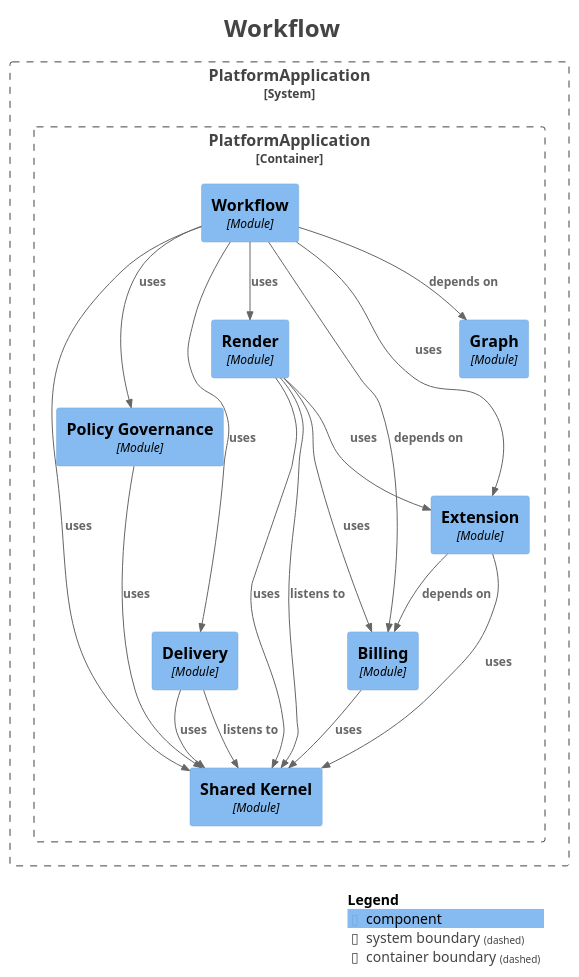
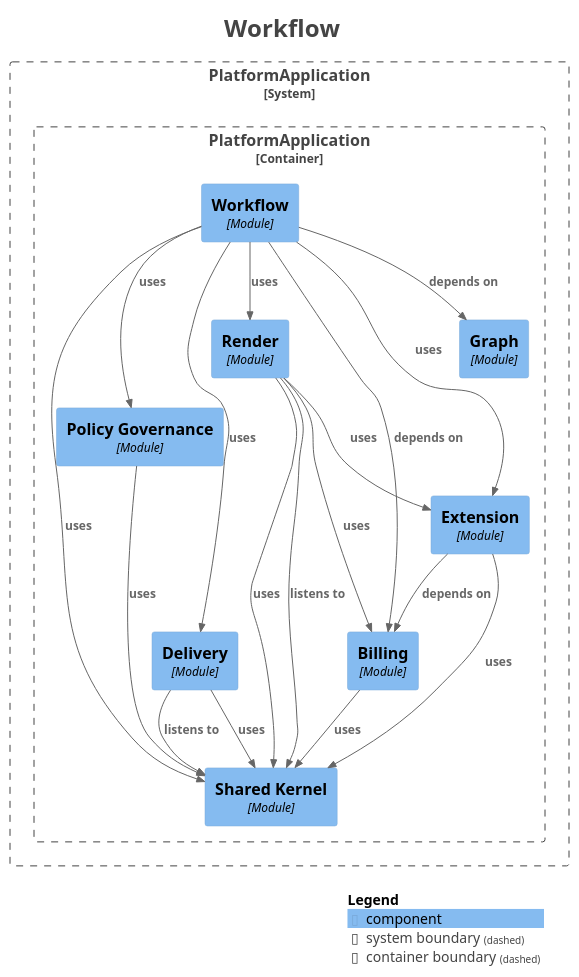
One commit to shangxq007/media-platform changed the diagram in platform-app/docs/architecture/maps/generated/modulith/module-workflow.puml. Above: the diagram before and after it, drawn with PlantUML. The commit also changed other lines of this file and 16 other files, not shown here.

```diff
--- a/platform-app/docs/architecture/maps/generated/modulith/module-workflow.puml
+++ b/platform-app/docs/architecture/maps/generated/modulith/module-workflow.puml
@@ -1,52 +1,52 @@
 @startuml
 title <size:24>Workflow</size>
 
 set separator none
 top to bottom direction
 
 <style>
   root {
     BackgroundColor: #ffffff
     FontColor: #444444
   }
 </style>
 
 !include <C4/C4>
 !include <C4/C4_Context>
 !include <C4/C4_Component>
 
 System_Boundary("PlatformApplication_boundary", "PlatformApplication", $tags="") {
   Container_Boundary("PlatformApplication.PlatformApplication_boundary", "PlatformApplication", $tags="") {
     Component(PlatformApplication.PlatformApplication.SharedKernel, "Shared Kernel", $techn="Module", $descr="", $tags="", $link="")
     Component(PlatformApplication.PlatformApplication.PolicyGovernance, "Policy Governance", $techn="Module", $descr="", $tags="", $link="")
     Component(PlatformApplication.PlatformApplication.Billing, "Billing", $techn="Module", $descr="", $tags="", $link="")
     Component(PlatformApplication.PlatformApplication.Delivery, "Delivery", $techn="Module", $descr="", $tags="", $link="")
     Component(PlatformApplication.PlatformApplication.Extension, "Extension", $techn="Module", $descr="", $tags="", $link="")
     Component(PlatformApplication.PlatformApplication.Render, "Render", $techn="Module", $descr="", $tags="", $link="")
     Component(PlatformApplication.PlatformApplication.Workflow, "Workflow", $techn="Module", $descr="", $tags="", $link="")
     Component(PlatformApplication.PlatformApplication.Graph, "Graph", $techn="Module", $descr="", $tags="", $link="")
   }
 
 }
 
-Rel(PlatformApplication.PlatformApplication.Render, PlatformApplication.PlatformApplication.SharedKernel, "listens to", $techn="", $tags="", $link="")
-Rel(PlatformApplication.PlatformApplication.Render, PlatformApplication.PlatformApplication.SharedKernel, "uses", $techn="", $tags="", $link="")
-Rel(PlatformApplication.PlatformApplication.Render, PlatformApplication.PlatformApplication.Billing, "uses", $techn="", $tags="", $link="")
-Rel(PlatformApplication.PlatformApplication.Render, PlatformApplication.PlatformApplication.Extension, "uses", $techn="", $tags="", $link="")
+Rel(PlatformApplication.PlatformApplication.Delivery, PlatformApplication.PlatformApplication.SharedKernel, "uses", $techn="", $tags="", $link="")
+Rel(PlatformApplication.PlatformApplication.Billing, PlatformApplication.PlatformApplication.SharedKernel, "uses", $techn="", $tags="", $link="")
 Rel(PlatformApplication.PlatformApplication.Workflow, PlatformApplication.PlatformApplication.Graph, "depends on", $techn="", $tags="", $link="")
 Rel(PlatformApplication.PlatformApplication.Workflow, PlatformApplication.PlatformApplication.Billing, "depends on", $techn="", $tags="", $link="")
 Rel(PlatformApplication.PlatformApplication.Workflow, PlatformApplication.PlatformApplication.Render, "uses", $techn="", $tags="", $link="")
 Rel(PlatformApplication.PlatformApplication.Workflow, PlatformApplication.PlatformApplication.SharedKernel, "uses", $techn="", $tags="", $link="")
 Rel(PlatformApplication.PlatformApplication.Workflow, PlatformApplication.PlatformApplication.PolicyGovernance, "uses", $techn="", $tags="", $link="")
 Rel(PlatformApplication.PlatformApplication.Workflow, PlatformApplication.PlatformApplication.Delivery, "uses", $techn="", $tags="", $link="")
 Rel(PlatformApplication.PlatformApplication.Workflow, PlatformApplication.PlatformApplication.Extension, "uses", $techn="", $tags="", $link="")
+Rel(PlatformApplication.PlatformApplication.Render, PlatformApplication.PlatformApplication.SharedKernel, "listens to", $techn="", $tags="", $link="")
+Rel(PlatformApplication.PlatformApplication.Render, PlatformApplication.PlatformApplication.SharedKernel, "uses", $techn="", $tags="", $link="")
+Rel(PlatformApplication.PlatformApplication.Render, PlatformApplication.PlatformApplication.Billing, "uses", $techn="", $tags="", $link="")
+Rel(PlatformApplication.PlatformApplication.Render, PlatformApplication.PlatformApplication.Extension, "uses", $techn="", $tags="", $link="")
+Rel(PlatformApplication.PlatformApplication.Extension, PlatformApplication.PlatformApplication.Billing, "depends on", $techn="", $tags="", $link="")
+Rel(PlatformApplication.PlatformApplication.Extension, PlatformApplication.PlatformApplication.SharedKernel, "uses", $techn="", $tags="", $link="")
 Rel(PlatformApplication.PlatformApplication.PolicyGovernance, PlatformApplication.PlatformApplication.SharedKernel, "uses", $techn="", $tags="", $link="")
 Rel(PlatformApplication.PlatformApplication.Delivery, PlatformApplication.PlatformApplication.SharedKernel, "listens to", $techn="", $tags="", $link="")
-Rel(PlatformApplication.PlatformApplication.Delivery, PlatformApplication.PlatformApplication.SharedKernel, "uses", $techn="", $tags="", $link="")
-Rel(PlatformApplication.PlatformApplication.Billing, PlatformApplication.PlatformApplication.SharedKernel, "uses", $techn="", $tags="", $link="")
-Rel(PlatformApplication.PlatformApplication.Extension, PlatformApplication.PlatformApplication.Billing, "depends on", $techn="", $tags="", $link="")
-Rel(PlatformApplication.PlatformApplication.Extension, PlatformApplication.PlatformApplication.SharedKernel, "uses", $techn="", $tags="", $link="")
 
 SHOW_LEGEND(true)
 hide stereotypes
 @enduml
```
